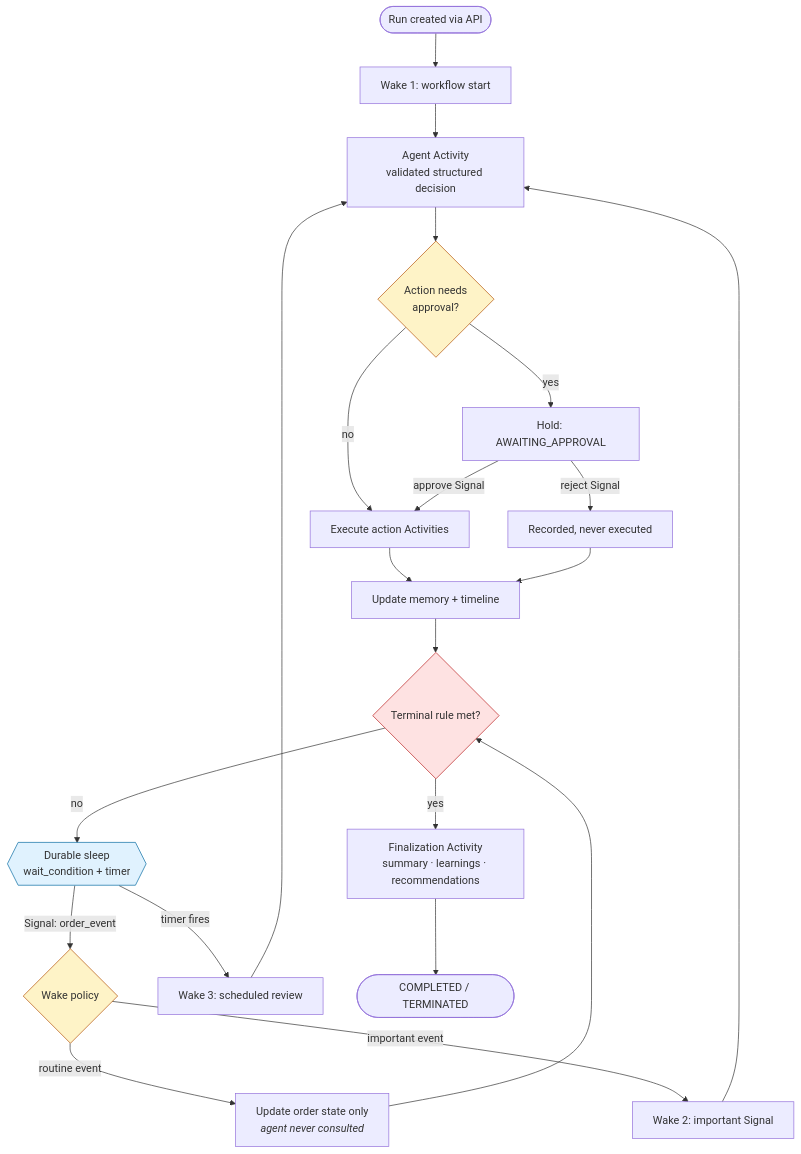
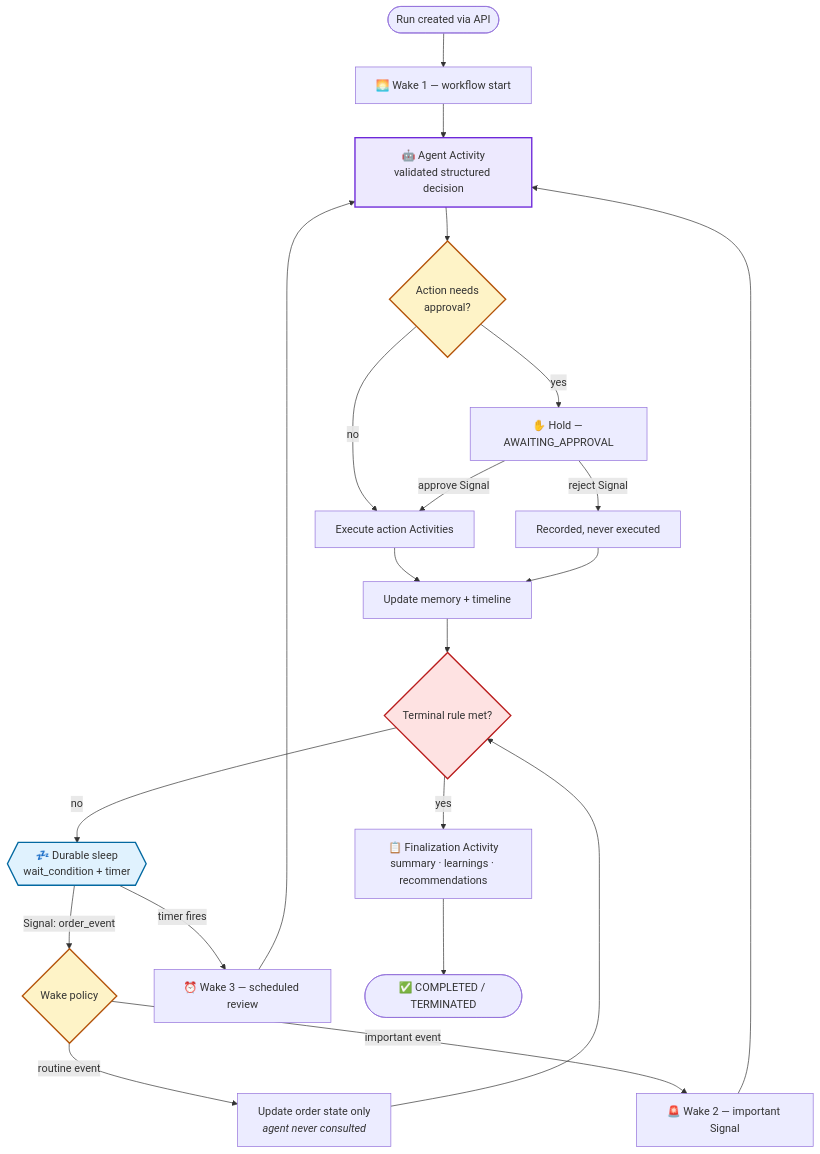
The second of 3 diagrams in README.md (Gupta2708/OrderPilot), drawn with Mermaid before and after one commit. The commit also changed other lines of this file and 5 other files, not shown here.

````diff
--- a/README.md
+++ b/README.md
@@ -66,34 +118,35 @@
 ```mermaid
 flowchart TD
-    START(["Run created via API"]) --> W1["Wake 1: workflow start"]
+    START(["Run created via API"]) --> W1["🌅 Wake 1 — workflow start"]
     W1 --> DECIDE
 
-    SLEEP{{"Durable sleep<br/>wait_condition + timer"}}
+    SLEEP{{"💤 Durable sleep<br/>wait_condition + timer"}}
     SLEEP -->|"Signal: order_event"| POLICY
-    SLEEP -->|"timer fires"| W3["Wake 3: scheduled review"]
+    SLEEP -->|"timer fires"| W3["⏰ Wake 3 — scheduled review"]
     W3 --> DECIDE
 
     POLICY{"Wake policy"}
     POLICY -->|"routine event"| STATE["Update order state only<br/><i>agent never consulted</i>"]
     STATE --> TERM
-    POLICY -->|"important event"| W2["Wake 2: important Signal"]
+    POLICY -->|"important event"| W2["🚨 Wake 2 — important Signal"]
     W2 --> DECIDE
 
-    DECIDE["Agent Activity<br/>validated structured decision"]
+    DECIDE["🤖 Agent Activity<br/>validated structured decision"]
     DECIDE --> GATE{"Action needs<br/>approval?"}
     GATE -->|no| RUN["Execute action Activities"]
-    GATE -->|yes| HOLD["Hold: AWAITING_APPROVAL"]
+    GATE -->|yes| HOLD["✋ Hold — AWAITING_APPROVAL"]
     HOLD -->|"approve Signal"| RUN
     HOLD -->|"reject Signal"| DROPPED["Recorded, never executed"]
     RUN --> MEM["Update memory + timeline"]
     DROPPED --> MEM
     MEM --> TERM{"Terminal rule met?"}
     TERM -->|no| SLEEP
-    TERM -->|yes| FINAL["Finalization Activity<br/>summary · learnings · recommendations"]
-    FINAL --> DONE(["COMPLETED / TERMINATED"])
+    TERM -->|yes| FINAL["📋 Finalization Activity<br/>summary · learnings · recommendations"]
+    FINAL --> DONE(["✅ COMPLETED / TERMINATED"])
 
-    style POLICY fill:#fef3c7,stroke:#b45309
-    style GATE fill:#fef3c7,stroke:#b45309
-    style TERM fill:#fee2e2,stroke:#b91c1c
-    style SLEEP fill:#e0f2fe,stroke:#0369a1
+    style POLICY fill:#fef3c7,stroke:#b45309,stroke-width:2px
+    style GATE fill:#fef3c7,stroke:#b45309,stroke-width:2px
+    style TERM fill:#fee2e2,stroke:#b91c1c,stroke-width:2px
+    style SLEEP fill:#e0f2fe,stroke:#0369a1,stroke-width:2px
+    style DECIDE fill:#ede9fe,stroke:#6d28d9,stroke-width:2px
 ```
````
